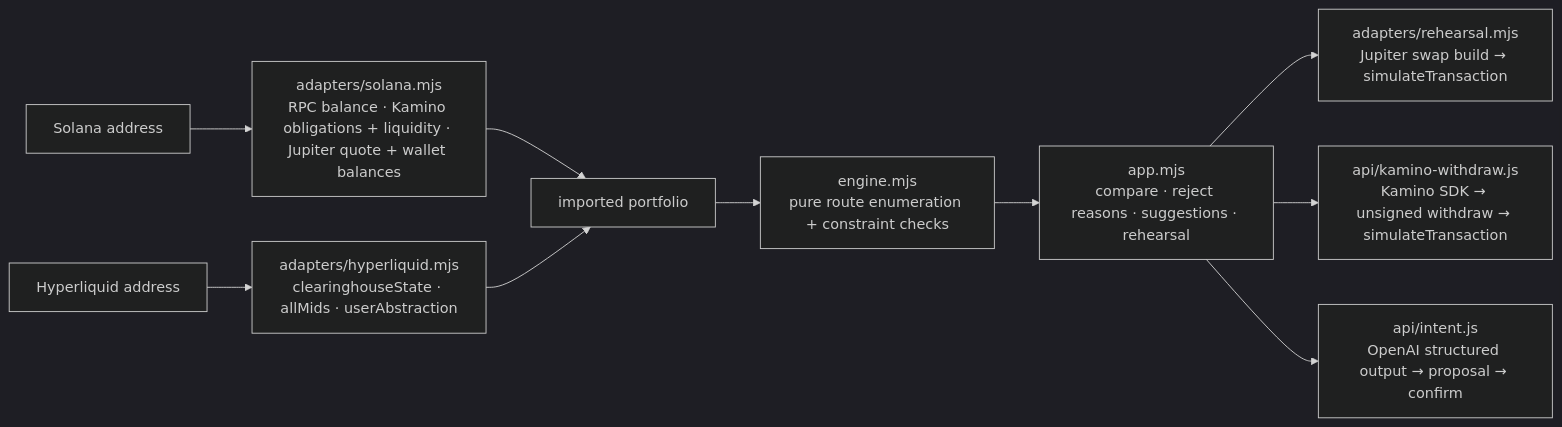
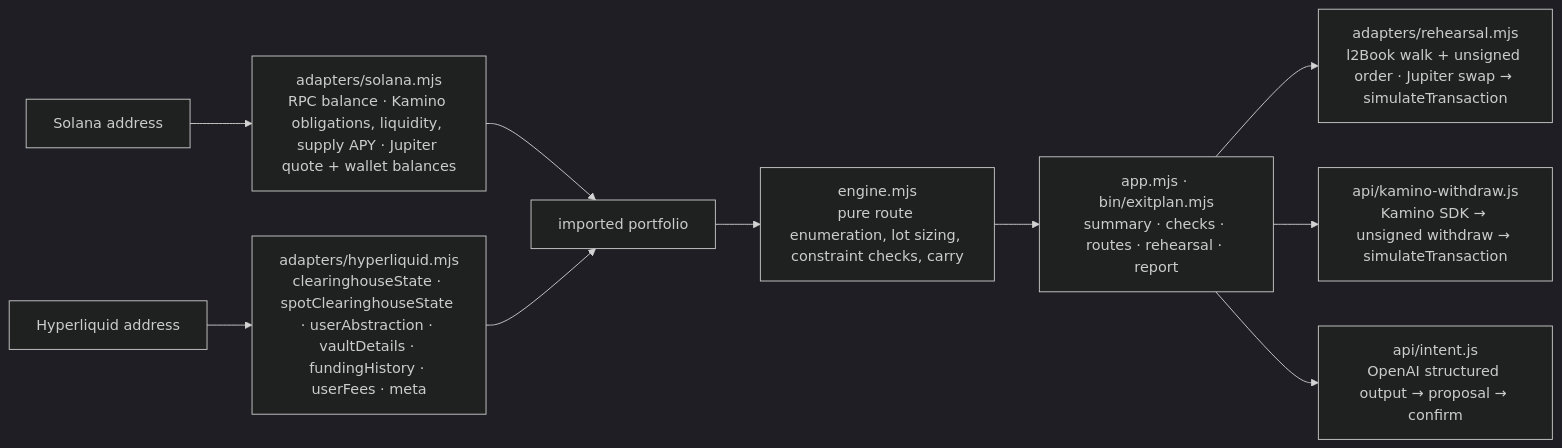
The diagram in README.md (plutohan/exitplan), drawn with Mermaid (dark theme) before and after one commit. The commit also changed other lines of this file and 1 other file, not shown here.

First line of the commit message:
docs: README rewritten for judges — three-click try-it, claims-with-verification table, track fit, five-minute verification, roadmap; package name without the poc suffix

````diff
--- a/README.md
+++ b/README.md
@@ -90,12 +89,12 @@
 ```mermaid
 flowchart LR
-  A[Solana address] --> S[adapters/solana.mjs<br/>RPC balance · Kamino obligations + liquidity · Jupiter quote + wallet balances]
-  B[Hyperliquid address] --> H[adapters/hyperliquid.mjs<br/>clearinghouseState · allMids · userAbstraction]
+  A[Solana address] --> S[adapters/solana.mjs<br/>RPC balance · Kamino obligations, liquidity, supply APY · Jupiter quote + wallet balances]
+  B[Hyperliquid address] --> H[adapters/hyperliquid.mjs<br/>clearinghouseState · spotClearinghouseState · userAbstraction · vaultDetails · fundingHistory · userFees · meta]
   S --> P[imported portfolio]
   H --> P
-  P --> E[engine.mjs<br/>pure route enumeration + constraint checks]
-  E --> U[app.mjs<br/>compare · reject reasons · suggestions · rehearsal]
-  U --> R[adapters/rehearsal.mjs<br/>Jupiter swap build → simulateTransaction]
+  P --> E[engine.mjs<br/>pure route enumeration, lot sizing, constraint checks, carry]
+  E --> U[app.mjs · bin/exitplan.mjs<br/>summary · checks · routes · rehearsal · report]
+  U --> R[adapters/rehearsal.mjs<br/>l2Book walk + unsigned order · Jupiter swap → simulateTransaction]
   U --> K[api/kamino-withdraw.js<br/>Kamino SDK → unsigned withdraw → simulateTransaction]
   U --> I[api/intent.js<br/>OpenAI structured output → proposal → confirm]
 ```
````
